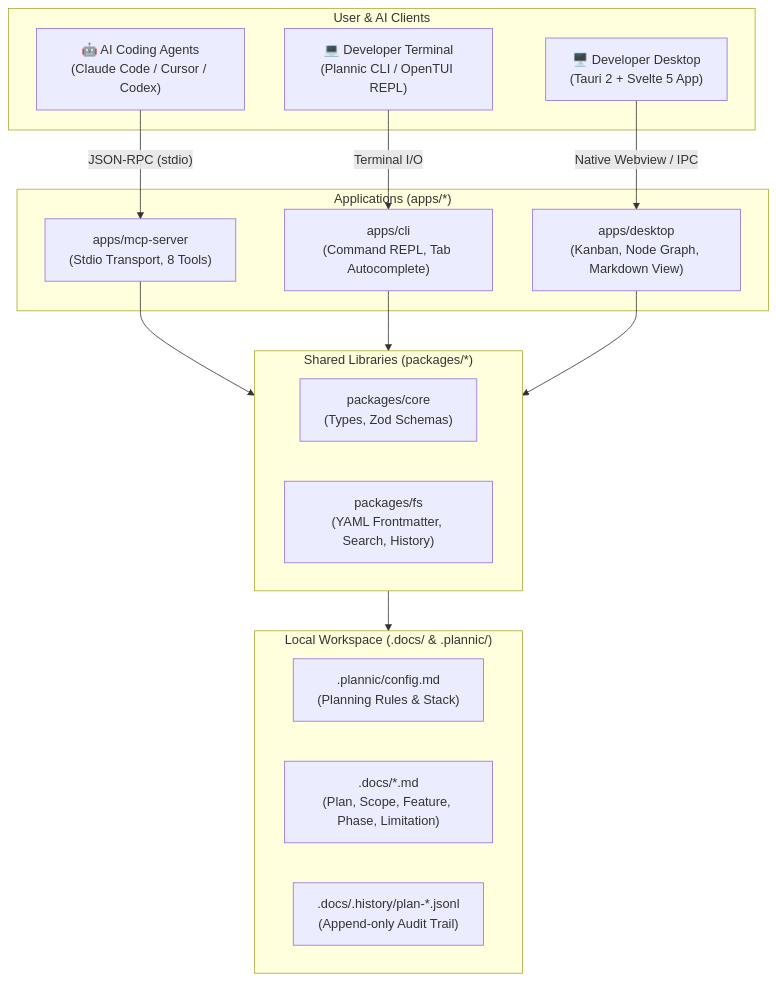
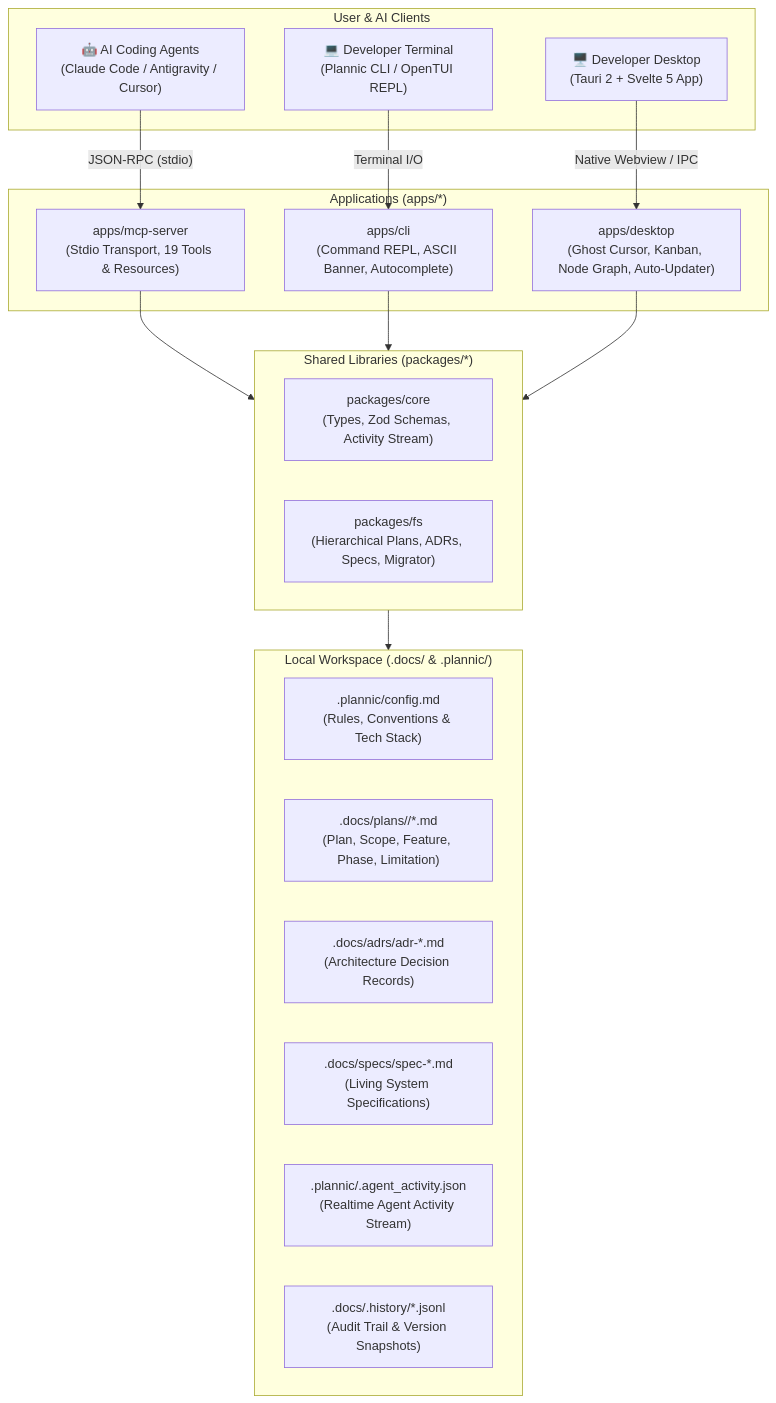
The diagram in README.md (JustALearner101/Plannic), drawn with Mermaid before and after one commit. The commit also changed other lines of this file and 200 other files, not shown here.

````diff
--- a/README.md
+++ b/README.md
@@ -22,35 +46,38 @@
 ```mermaid
 flowchart TD
     subgraph Clients["User & AI Clients"]
-        AI["🤖 AI Coding Agents\n(Claude Code / Cursor / Codex)"]
+        AI["🤖 AI Coding Agents\n(Claude Code / Antigravity / Cursor)"]
         CLI["💻 Developer Terminal\n(Plannic CLI / OpenTUI REPL)"]
         GUI["🖥️ Developer Desktop\n(Tauri 2 + Svelte 5 App)"]
     end
 
     subgraph Apps["Applications (apps/*)"]
-        MCP["apps/mcp-server\n(Stdio Transport, 8 Tools)"]
-        CLIA["apps/cli\n(Command REPL, Tab Autocomplete)"]
-        DESK["apps/desktop\n(Kanban, Node Graph, Markdown View)"]
+        MCP["apps/mcp-server\n(Stdio Transport, 19 Tools & Resources)"]
+        CLIA["apps/cli\n(Command REPL, ASCII Banner, Autocomplete)"]
+        DESK["apps/desktop\n(Ghost Cursor, Kanban, Node Graph, Auto-Updater)"]
     end
 
     subgraph Libs["Shared Libraries (packages/*)"]
-        CORE["packages/core\n(Types, Zod Schemas)"]
-        FS["packages/fs\n(YAML Frontmatter, Search, History)"]
+        CORE["packages/core\n(Types, Zod Schemas, Activity Stream)"]
+        FS["packages/fs\n(Hierarchical Plans, ADRs, Specs, Migrator)"]
     end
 
     subgraph Storage["Local Workspace (.docs/ & .plannic/)"]
-        CONFIG[".plannic/config.md\n(Planning Rules & Stack)"]
-        DOCS[".docs/*.md\n(Plan, Scope, Feature, Phase, Limitation)"]
-        HIST[".docs/.history/plan-*.jsonl\n(Append-only Audit Trail)"]
+        CONFIG[".plannic/config.md\n(Rules, Conventions & Tech Stack)"]
+        DOCS[".docs/plans/<slug>/*.md\n(Plan, Scope, Feature, Phase, Limitation)"]
+        ADRS[".docs/adrs/adr-*.md\n(Architecture Decision Records)"]
+        SPECS[".docs/specs/spec-*.md\n(Living System Specifications)"]
+        STREAM[".plannic/.agent_activity.json\n(Realtime Agent Activity Stream)"]
+        HIST[".docs/.history/*.jsonl\n(Audit Trail & Version Snapshots)"]
     end
 
     AI -- "JSON-RPC (stdio)" --> MCP
     CLI -- "Terminal I/O" --> CLIA
     GUI -- "Native Webview / IPC" --> DESK
 
     MCP --> Libs
     CLIA --> Libs
     DESK --> Libs
 
     Libs --> Storage
 ```
````
